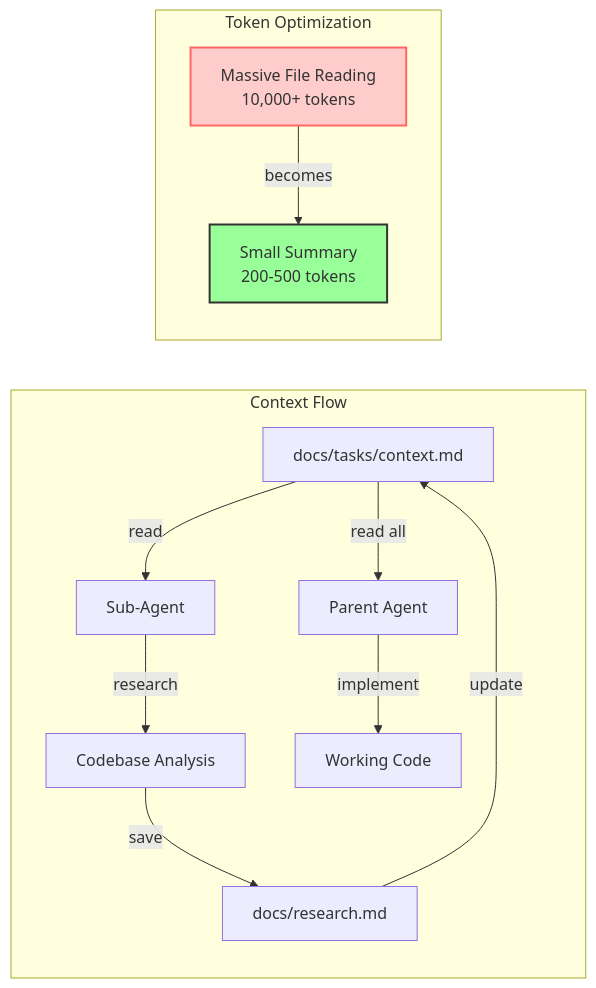
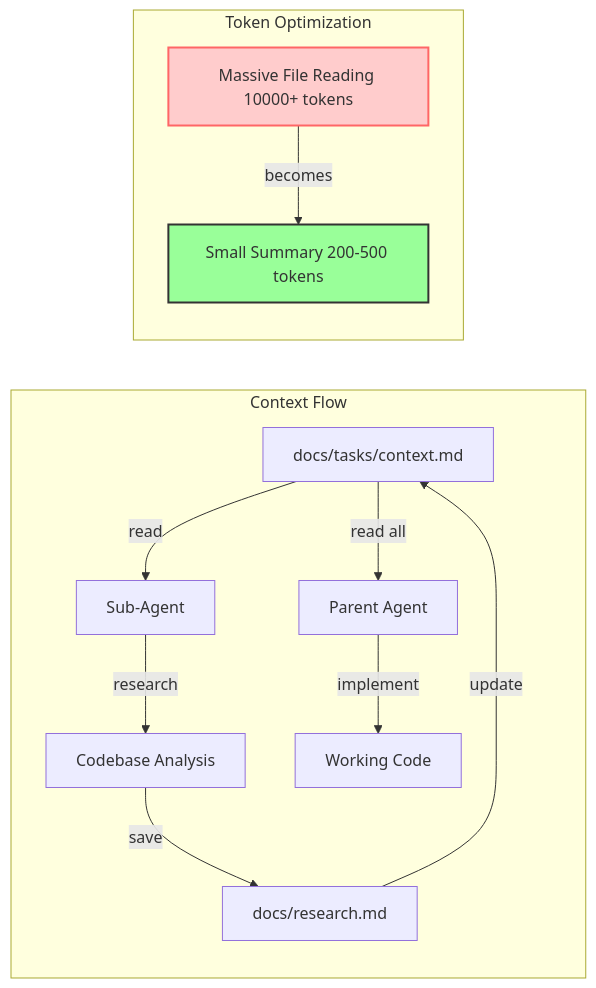
One commit to Jimmycarroll2021/agentic-dev-starter changed the sixth of 8 diagrams in README.md. Above: the diagram before and after it, drawn with Mermaid. The commit also changed other lines of this file, not shown here.

First line of the commit message:
fix: resolve Mermaid syntax errors for GitHub rendering

````diff
--- a/README.md
+++ b/README.md
@@ -298,18 +298,18 @@
 ```mermaid
 graph LR
     subgraph "Context Flow"
         A[docs/tasks/context.md] -->|read| B[Sub-Agent]
         B -->|research| C[Codebase Analysis]
         C -->|save| D[docs/research.md]
         D -->|update| A
         A -->|read all| E[Parent Agent]
         E -->|implement| F[Working Code]
     end
     
     subgraph "Token Optimization"
-        G[Massive File Reading<br/>10,000+ tokens] -->|becomes| H[Small Summary<br/>200-500 tokens]
+        G[Massive File Reading 10000+ tokens] -->|becomes| H[Small Summary 200-500 tokens]
     end
     
     style H fill:#9f9,stroke:#333,stroke-width:2px
     style G fill:#fcc,stroke:#f66,stroke-width:2px
 ```
````
